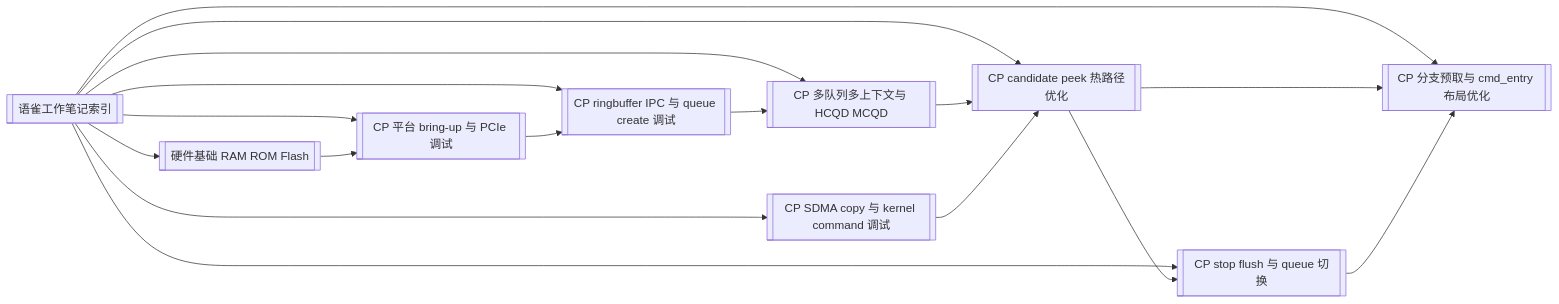
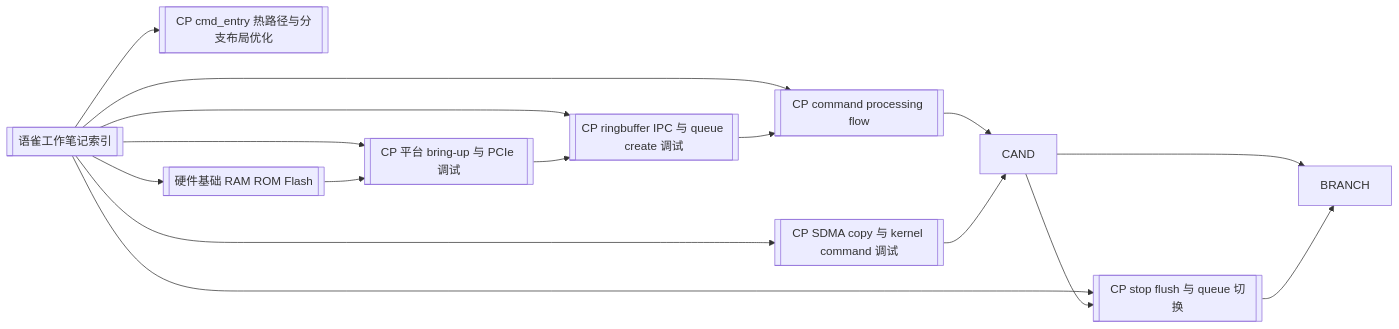
One commit to shuaishuaiZhu-ai/Know_any changed the diagram in wiki/synthesis/语雀工作笔记知识图谱.md. Above: the diagram before and after it, drawn with Mermaid. The commit also changed other lines of this file and 53 other files, not shown here.

````diff
--- a/wiki/synthesis/语雀工作笔记知识图谱.md
+++ b/wiki/synthesis/语雀工作笔记知识图谱.md
@@ -26,21 +26,20 @@
 ```mermaid
 graph LR
   SRC[[语雀工作笔记索引]]
   SRC --> BRINGUP[[CP 平台 bring-up 与 PCIe 调试]]
-  SRC --> MCQD[[CP 多队列多上下文与 HCQD MCQD]]
+  SRC --> MCQD[[CP command processing flow]]
   SRC --> RB[[CP ringbuffer IPC 与 queue create 调试]]
-  SRC --> CAND[[CP candidate peek 热路径优化]]
-  SRC --> BRANCH[[CP 分支预取与 cmd_entry 布局优化]]
+  SRC --> PERF[[CP cmd_entry 热路径与分支布局优化]]
   SRC --> SF[[CP stop flush 与 queue 切换]]
   SRC --> SDMA[[CP SDMA copy 与 kernel command 调试]]
   SRC --> HW[[硬件基础 RAM ROM Flash]]
 
   BRINGUP --> RB
   RB --> MCQD
   MCQD --> CAND
   CAND --> SF
   CAND --> BRANCH
   SF --> BRANCH
   SDMA --> CAND
   HW --> BRINGUP
 ```
````
